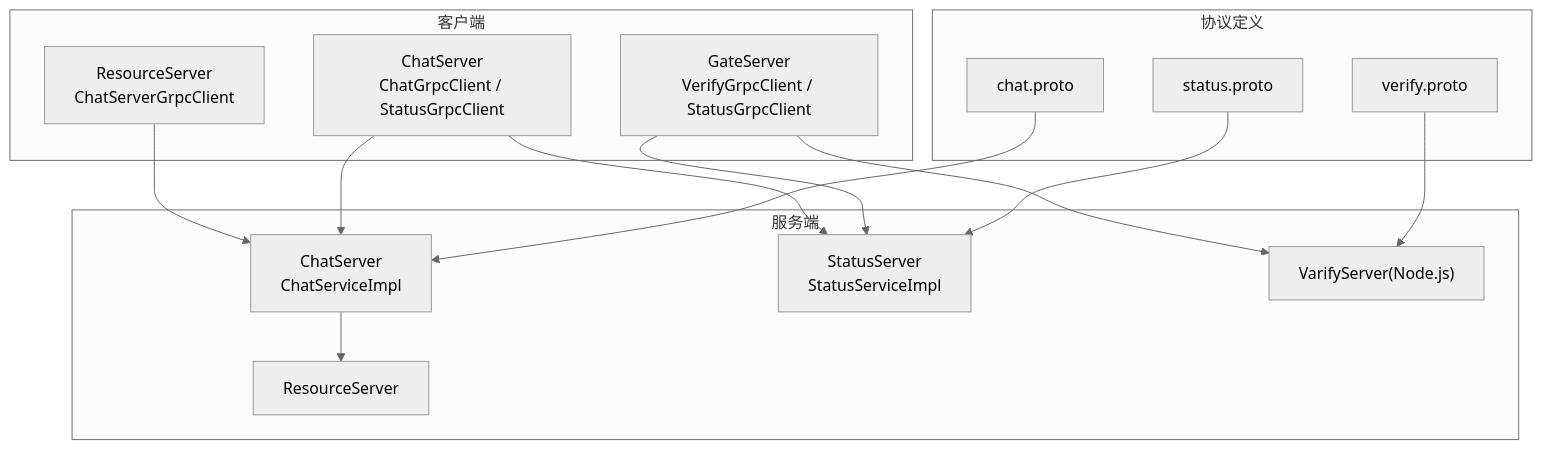
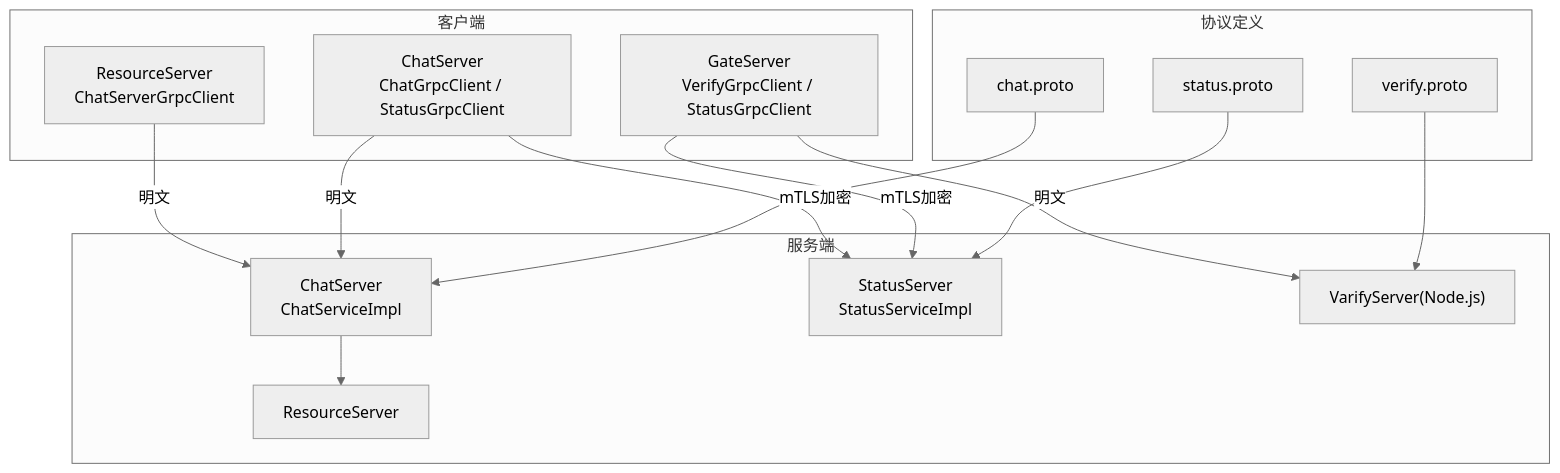
Before and after one commit to echo9923/mychatter: the first of 8 diagrams in .qoder/repowiki/zh/content/架构设计/微服务架构设计/服务间通信机制.md, drawn with Mermaid (neutral theme). The commit also changed other lines of this file and 107 other files, not shown here.

````diff
--- a/.qoder/repowiki/zh/content/架构设计/微服务架构设计/服务间通信机制.md
+++ b/.qoder/repowiki/zh/content/架构设计/微服务架构设计/服务间通信机制.md
@@ -57,28 +58,28 @@
 ```mermaid
 graph TB
 subgraph "协议定义"
 P1["chat.proto"]
 P2["status.proto"]
 P3["verify.proto"]
 end
 subgraph "服务端"
 S1["ChatServer<br/>ChatServiceImpl"]
 S2["StatusServer<br/>StatusServiceImpl"]
 S3["ResourceServer"]
 S4["VarifyServer(Node.js)"]
 end
 subgraph "客户端"
 C1["GateServer<br/>VerifyGrpcClient / StatusGrpcClient"]
 C2["ChatServer<br/>ChatGrpcClient / StatusGrpcClient"]
 C3["ResourceServer<br/>ChatServerGrpcClient"]
 end
 P1 --> S1
 P2 --> S2
 P3 --> S4
-C1 --> S2
-C1 --> S4
-C2 --> S1
-C2 --> S2
-C3 --> S1
+C1 -- mTLS加密 --> S2
+C1 -- 明文 --> S4
+C2 -- 明文 --> S1
+C2 -- mTLS加密 --> S2
+C3 -- 明文 --> S1
 S1 --> S3
 ```
````
